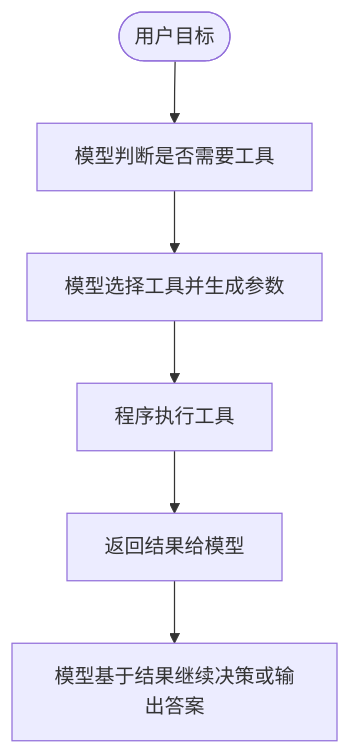
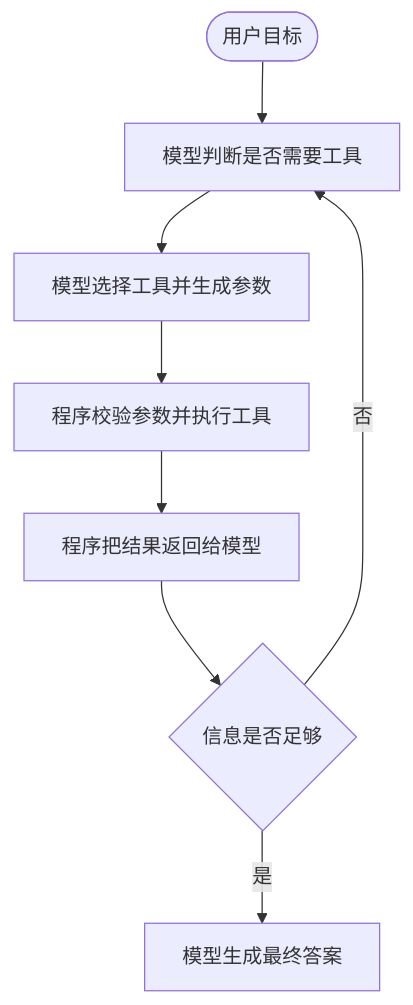
The second of 2 diagrams in learn-agent-basic/05-tool-calling-basics/index.md (ranxi2001/zero2Agent), drawn with Mermaid before and after one commit. The commit also changed other lines of this file and 21 other files, not shown here.

````diff
--- a/learn-agent-basic/05-tool-calling-basics/index.md
+++ b/learn-agent-basic/05-tool-calling-basics/index.md
@@ -43,8 +55,10 @@
-```mermaid
+~~~mermaid
 flowchart TD
     A([用户目标]) --> B[模型判断是否需要工具]
     B --> C[模型选择工具并生成参数]
-    C --> D[程序执行工具]
-    D --> E[返回结果给模型]
-    E --> F[模型基于结果继续决策或输出答案]
-```
+    C --> D[程序校验参数并执行工具]
+    D --> E[程序把结果返回给模型]
+    E --> F{信息是否足够}
+    F -->|否| B
+    F -->|是| G[模型生成最终答案]
+~~~
````
